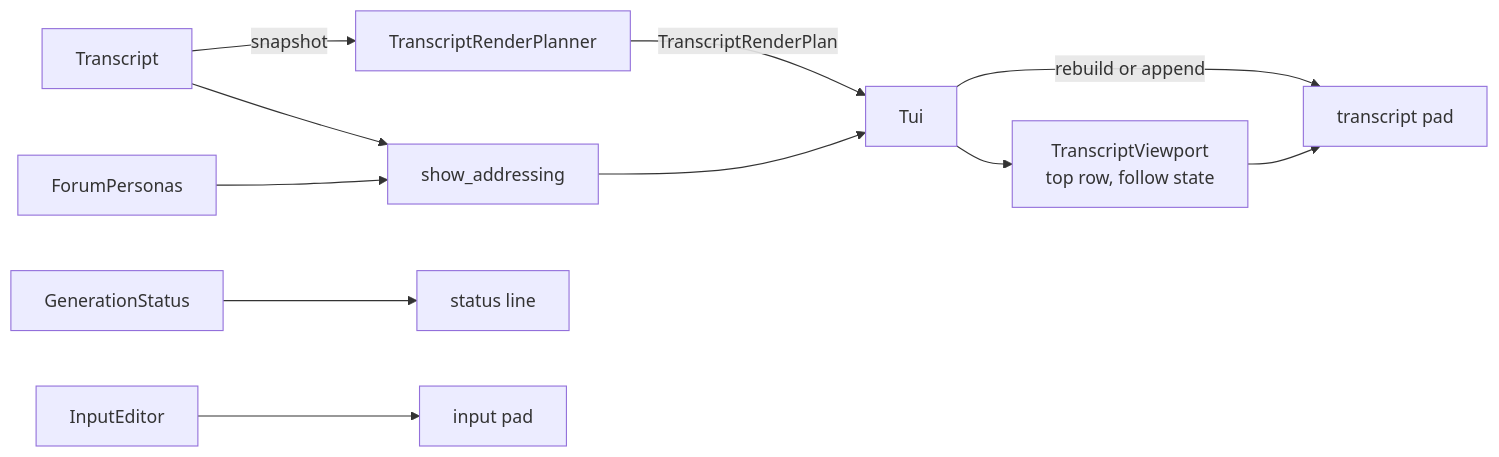
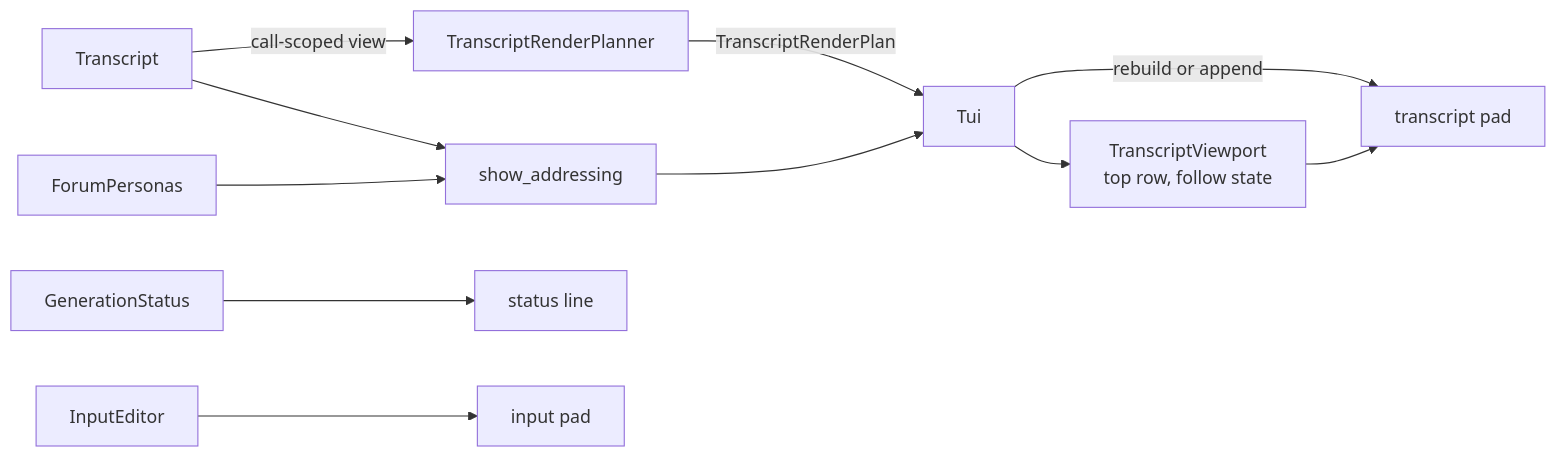
Before and after one commit to michaelpopov/cha: the second of 2 diagrams in src/ui/tui/README.md, drawn with Mermaid. The commit also changed other lines of this file and 34 other files, not shown here.

````diff
--- a/src/ui/tui/README.md
+++ b/src/ui/tui/README.md
@@ -95,13 +95,13 @@
 ```mermaid
 flowchart LR
-    conv["Transcript"] -->|"snapshot"| plan["TranscriptRenderPlanner"]
+    conv["Transcript"] -->|"call-scoped view"| plan["TranscriptRenderPlanner"]
     plan -->|"TranscriptRenderPlan"| tui["Tui"]
     tui -->|"rebuild or append"| pad["transcript pad"]
     tui --> port["TranscriptViewport<br/>top row, follow state"]
     port --> pad
     personas["ForumPersonas"] --> addr["show_addressing"]
     conv --> addr
     addr --> tui
     status["GenerationStatus"] --> line["status line"]
     editor["InputEditor"] --> inpad["input pad"]
 ```
````
